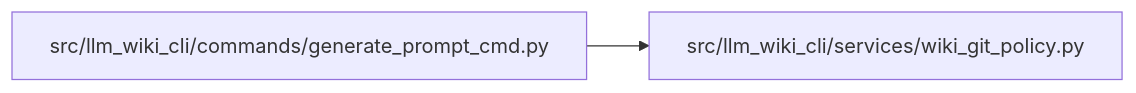
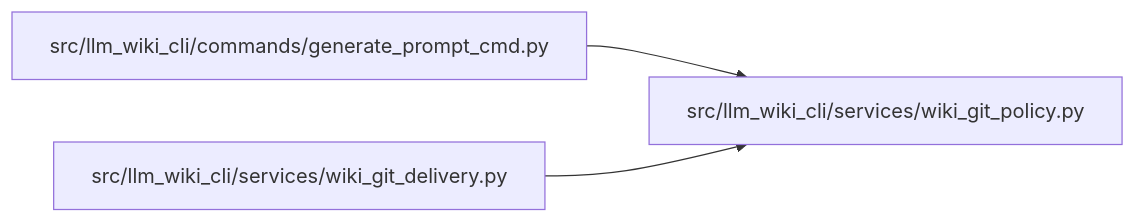
Before and after one commit to Denissvgn/python-wiki-llm: the diagram in docs/llm_wiki/modules/wiki_git_policy.md, drawn with Mermaid. The commit also changed other lines of this file and 401 other files, not shown here.

````diff
--- a/docs/llm_wiki/modules/wiki_git_policy.md
+++ b/docs/llm_wiki/modules/wiki_git_policy.md
@@ -32,8 +32,11 @@
 ```mermaid
 flowchart LR
     n0["src/llm_wiki_cli/commands/generate_prompt_cmd.py"]
-    n1["src/llm_wiki_cli/services/wiki_git_policy.py"]
-    n0 --> n1
+    n1["src/llm_wiki_cli/services/wiki_git_delivery.py"]
+    n2["src/llm_wiki_cli/services/wiki_git_policy.py"]
+    n0 --> n2
+    n1 --> n2
     click n0 "../modules/generate_prompt_cmd.md"
-    click n1 "../modules/wiki_git_policy.md"
+    click n1 "../modules/wiki_git_delivery.md"
+    click n2 "../modules/wiki_git_policy.md"
 ```
````
